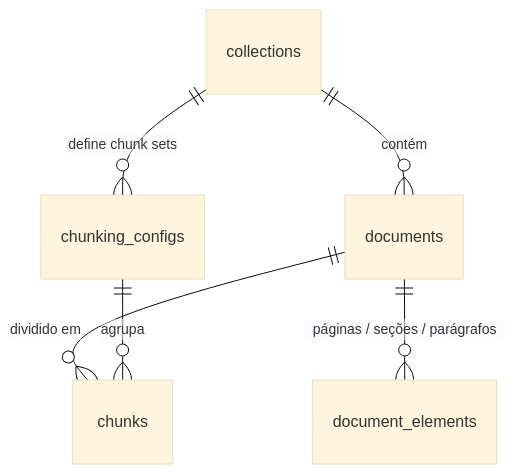
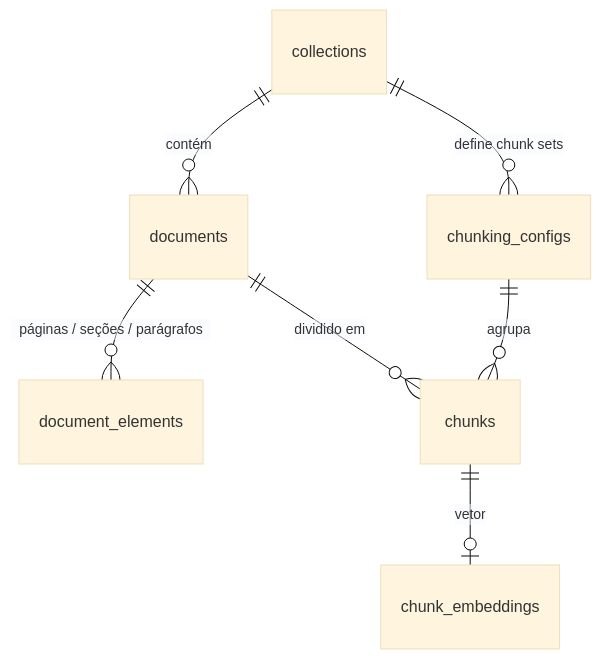
One commit to lutian/RAG-Benchmark-Lab changed the diagram in docs/pt-BR/adapters.md. Above: the diagram before and after it, drawn with Mermaid (base theme). The commit also changed other lines of this file and 16 other files, not shown here.

````diff
--- a/docs/pt-BR/adapters.md
+++ b/docs/pt-BR/adapters.md
@@ -42,8 +60,9 @@
 ```mermaid
 erDiagram
     collections ||--o{ chunking_configs : "define chunk sets"
     collections ||--o{ documents : contém
     documents ||--o{ document_elements : "páginas / seções / parágrafos"
     documents ||--o{ chunks : "dividido em"
     chunking_configs ||--o{ chunks : "agrupa"
+    chunks ||--o| chunk_embeddings : "vetor"
 ```
````
